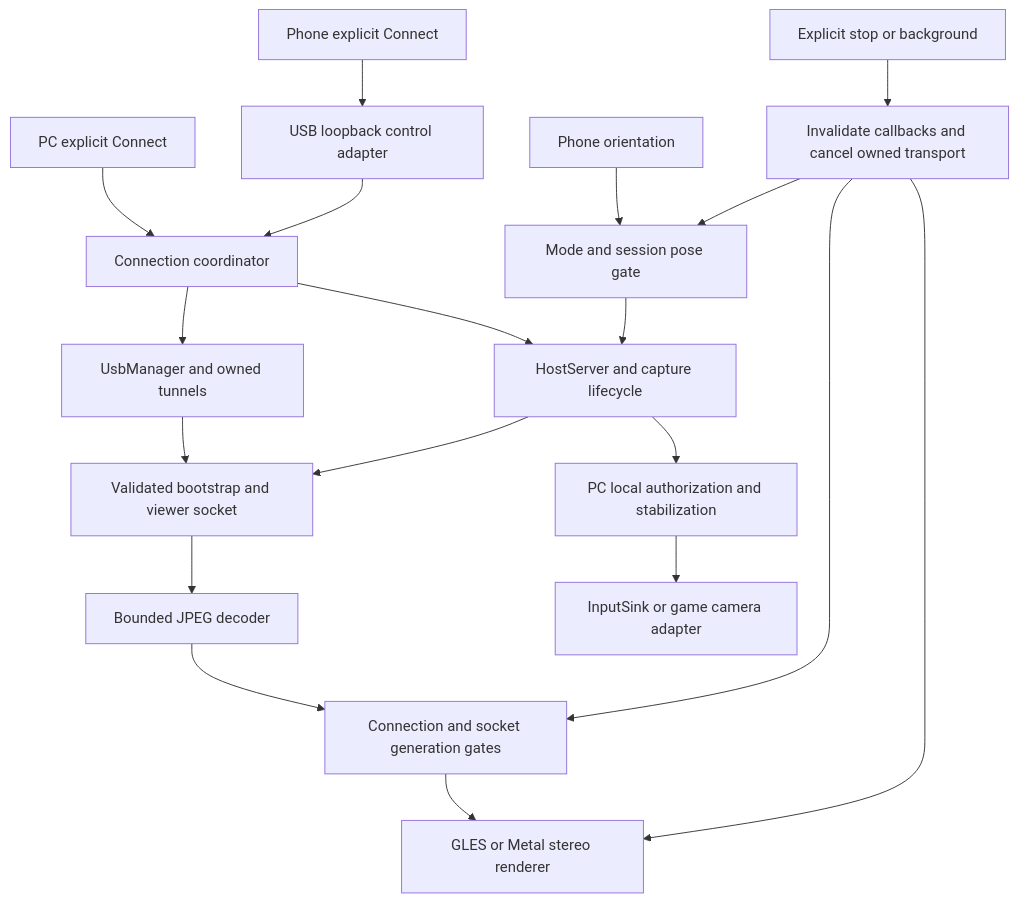
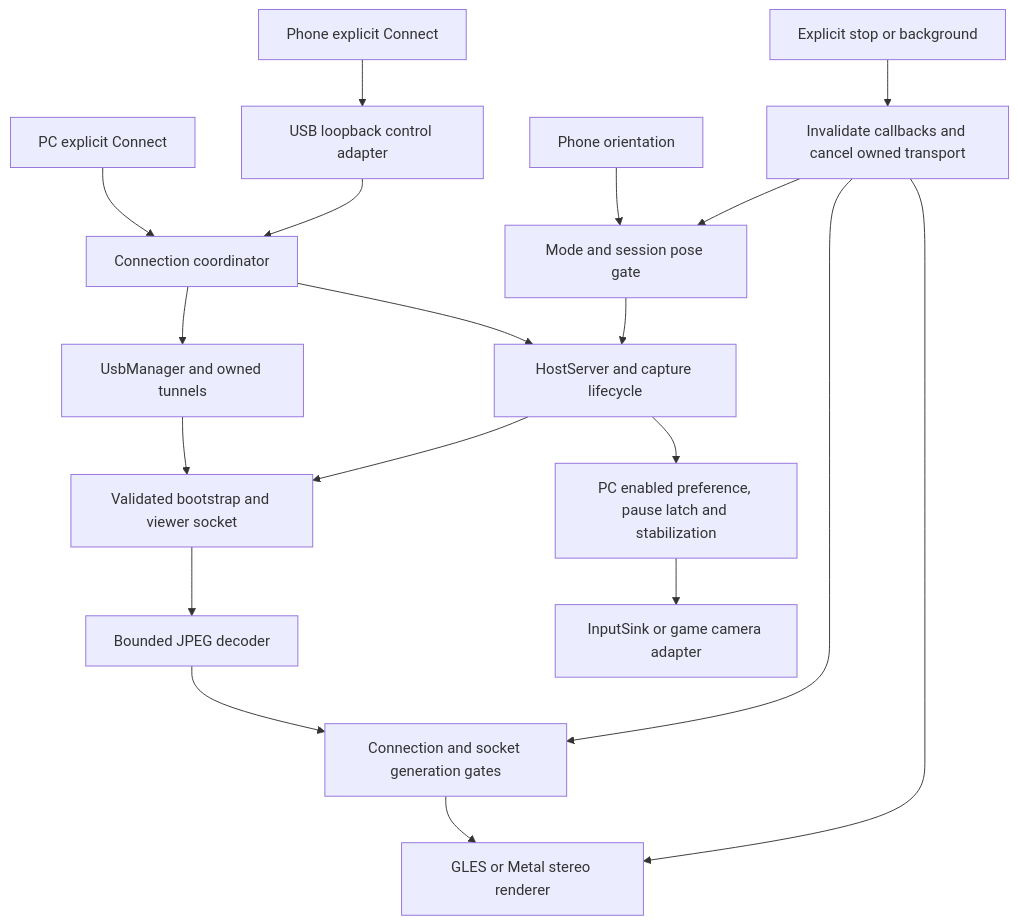
Before and after one commit to LexZeon/VRization: the first of 2 diagrams in AI_HANDOFF.md, drawn with Mermaid. The commit also changed other lines of this file and 45 other files, not shown here.

````diff
--- a/AI_HANDOFF.md
+++ b/AI_HANDOFF.md
@@ -37,21 +37,21 @@
 ```mermaid
 flowchart TD
     PC[PC explicit Connect] --> Coordinator[Connection coordinator]
     Phone[Phone explicit Connect] --> Control[USB loopback control adapter]
     Control --> Coordinator
     Coordinator --> Host[HostServer and capture lifecycle]
     Coordinator --> USB[UsbManager and owned tunnels]
     USB --> Bootstrap[Validated bootstrap and viewer socket]
     Host --> Bootstrap
     Bootstrap --> Decoder[Bounded JPEG decoder]
     Decoder --> Gate[Connection and socket generation gates]
     Gate --> Renderer[GLES or Metal stereo renderer]
     Sensors[Phone orientation] --> PoseGate[Mode and session pose gate]
     PoseGate --> Host
-    Host --> Authorized[PC local authorization and stabilization]
+    Host --> Authorized[PC enabled preference, pause latch and stabilization]
     Authorized --> Sink[InputSink or game camera adapter]
     Stop[Explicit stop or background] --> Invalidate[Invalidate callbacks and cancel owned transport]
     Invalidate --> Gate
     Invalidate --> Renderer
     Invalidate --> PoseGate
 ```
````
